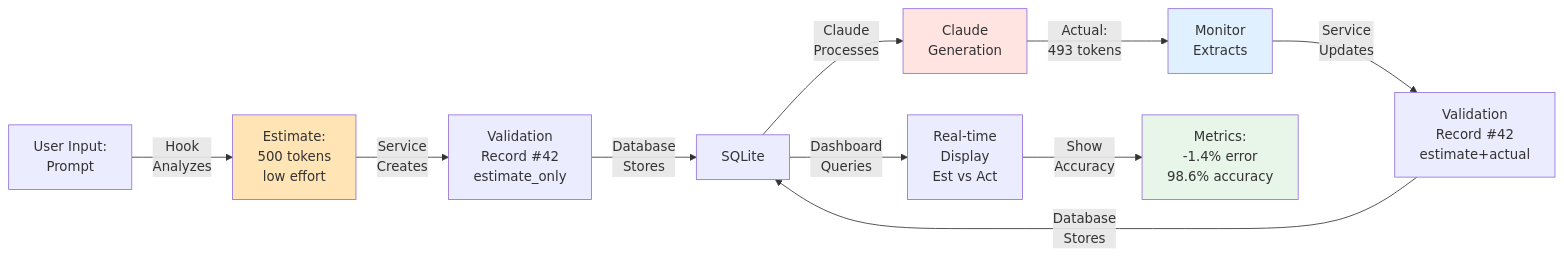
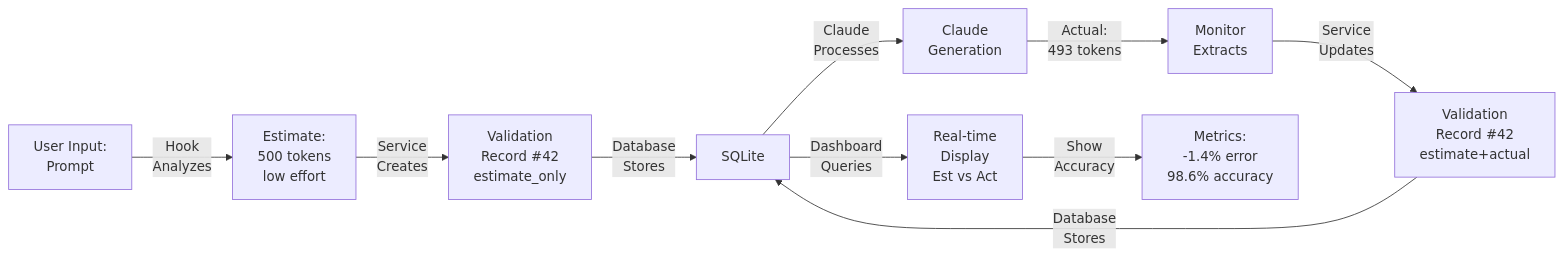
The eighth of 12 diagrams in ARCHITECTURE_DIAGRAMS.md (szibis/LLMSentinel), drawn with Mermaid before and after one commit. The commit also changed other lines of this file and 60 other files, not shown here.

````diff
--- a/ARCHITECTURE_DIAGRAMS.md
+++ b/ARCHITECTURE_DIAGRAMS.md
@@ -219,25 +214,21 @@
 ```mermaid
+%%{init: { 'theme': 'auto' } }%%
 graph LR
     A["User Input:<br/>Prompt"] -->|"Hook<br/>Analyzes"| B["Estimate:<br/>500 tokens<br/>low effort"]
     
     B -->|"Service<br/>Creates"| C["Validation<br/>Record #42<br/>estimate_only"]
     
     C -->|"Database<br/>Stores"| D["SQLite"]
     
     D -->|"Claude<br/>Processes"| E["Claude<br/>Generation"]
     
     E -->|"Actual:<br/>493 tokens"| F["Monitor<br/>Extracts"]
     
     F -->|"Service<br/>Updates"| G["Validation<br/>Record #42<br/>estimate+actual"]
     
     G -->|"Database<br/>Stores"| D
     
     D -->|"Dashboard<br/>Queries"| H["Real-time<br/>Display<br/>Est vs Act"]
     
     H -->|"Show<br/>Accuracy"| I["Metrics:<br/>-1.4% error<br/>98.6% accuracy"]
-    
-    style B fill:#FFE4B5
-    style E fill:#FFE4E1
-    style F fill:#E0F0FF
-    style I fill:#E8F5E9
 ```
````
